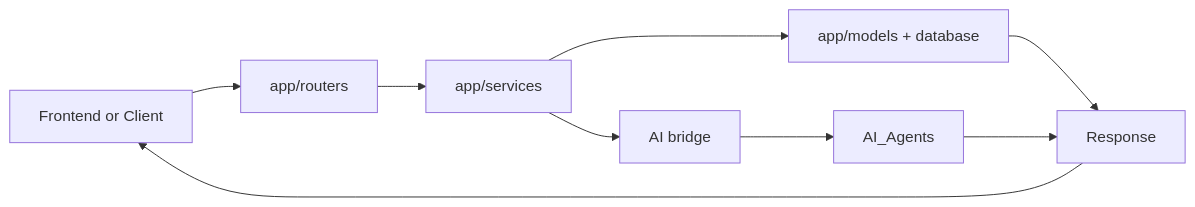
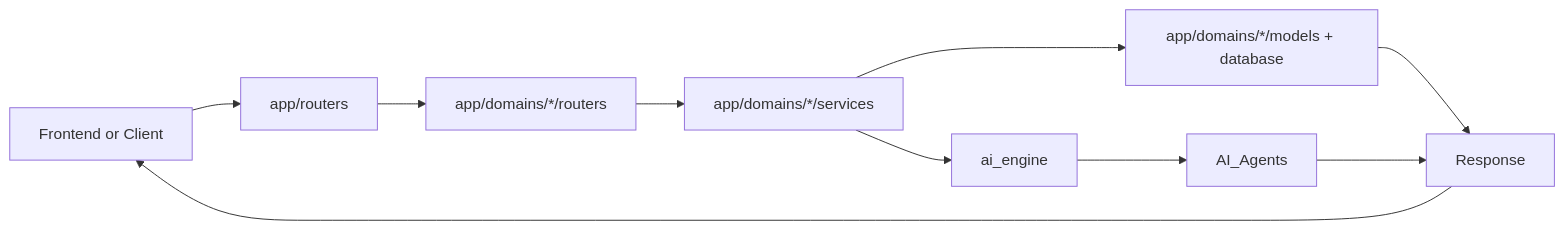
The diagram in app/README.md (tilly5317-lab/Prozpr_Backend), drawn with Mermaid before and after one commit. The commit also changed other lines of this file and 29 other files, not shown here.

````diff
--- a/app/README.md
+++ b/app/README.md
@@ -18,11 +17,12 @@
 ```mermaid
 flowchart LR
     A[Frontend or Client] --> B[app/routers]
-    B --> C[app/services]
-    C --> D[app/models + database]
-    C --> E[AI bridge]
-    E --> F[AI_Agents]
-    D --> G[Response]
-    F --> G
-    G --> A
+    B --> C[app/domains/*/routers]
+    C --> D[app/domains/*/services]
+    D --> E[app/domains/*/models + database]
+    D --> F[ai_engine]
+    F --> G[AI_Agents]
+    E --> H[Response]
+    G --> H
+    H --> A
 ```
````
